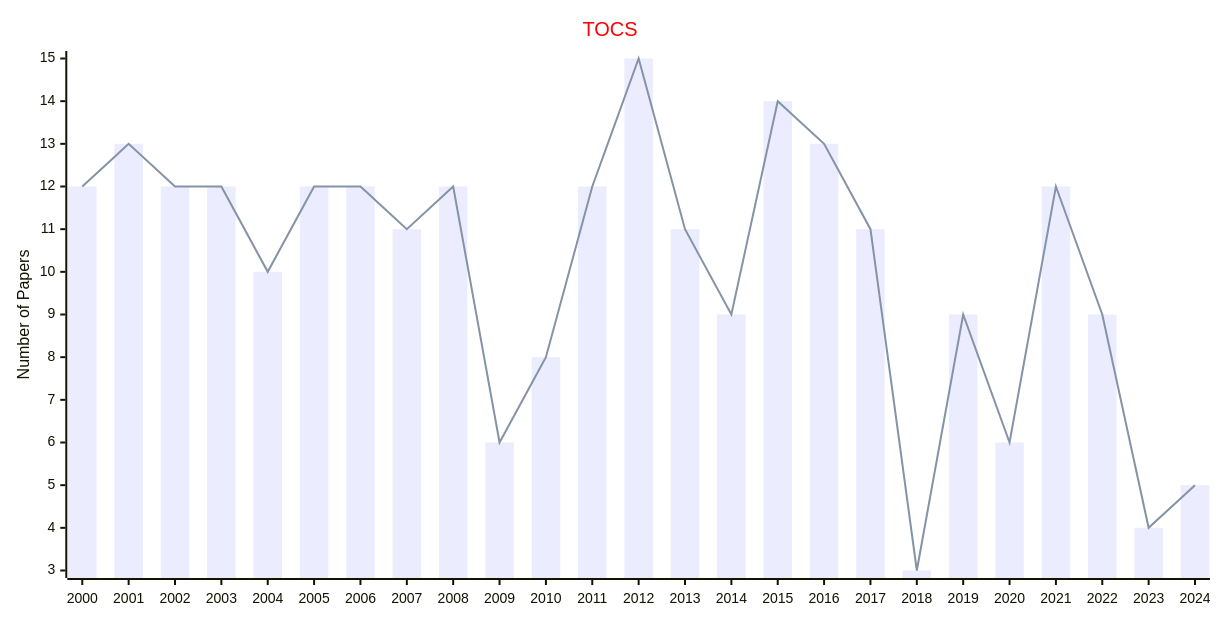
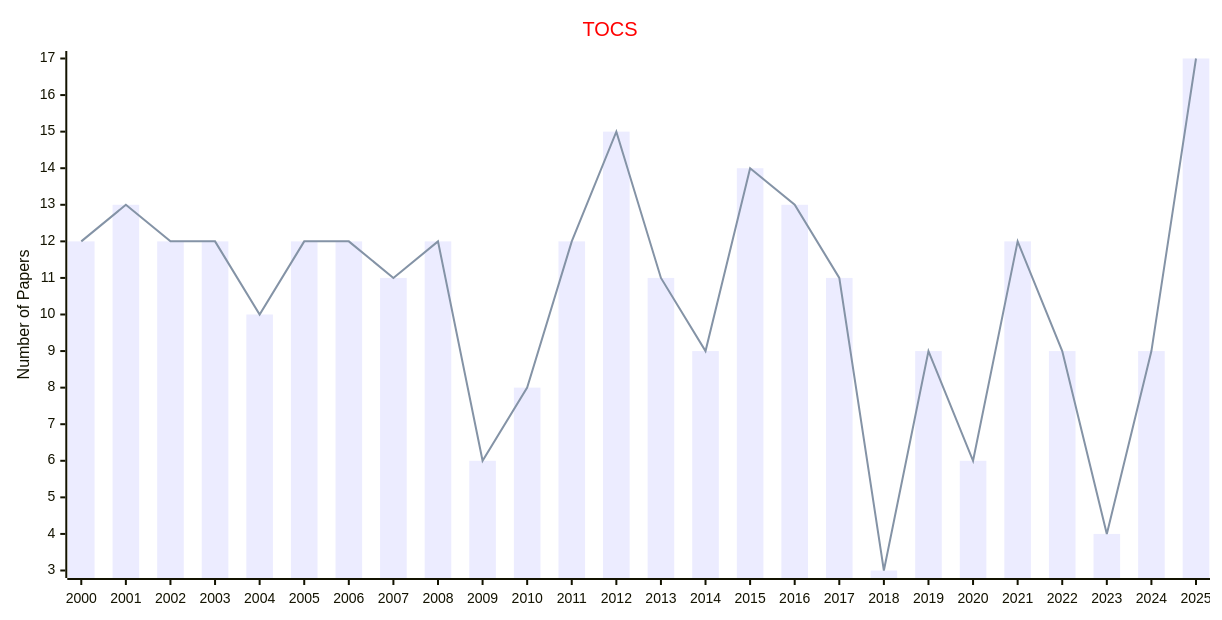
One commit to Easy-PhD/AILinks changed the diagram in docs/data/Journals/Statistics_Journals/Computer_Systems.md. Above: the diagram before and after it, drawn with Mermaid. The commit also changed 93 other files, not shown here.

````diff
--- a/docs/data/Journals/Statistics_Journals/Computer_Systems.md
+++ b/docs/data/Journals/Statistics_Journals/Computer_Systems.md
@@ -9,17 +9,17 @@
 ```mermaid
 ---
 config:
     xyChart:
         width: 1200
         height: 600
     themeVariables:
         xyChart:
             titleColor: "#ff0000"
 ---
 xychart-beta
     title "TOCS"
-    x-axis [2000, 2001, 2002, 2003, 2004, 2005, 2006, 2007, 2008, 2009, 2010, 2011, 2012, 2013, 2014, 2015, 2016, 2017, 2018, 2019, 2020, 2021, 2022, 2023, 2024]
+    x-axis [2000, 2001, 2002, 2003, 2004, 2005, 2006, 2007, 2008, 2009, 2010, 2011, 2012, 2013, 2014, 2015, 2016, 2017, 2018, 2019, 2020, 2021, 2022, 2023, 2024, 2025]
     y-axis "Number of Papers"
-    bar [12, 13, 12, 12, 10, 12, 12, 11, 12, 6, 8, 12, 15, 11, 9, 14, 13, 11, 3, 9, 6, 12, 9, 4, 5]
-    line [12, 13, 12, 12, 10, 12, 12, 11, 12, 6, 8, 12, 15, 11, 9, 14, 13, 11, 3, 9, 6, 12, 9, 4, 5]
+    bar [12, 13, 12, 12, 10, 12, 12, 11, 12, 6, 8, 12, 15, 11, 9, 14, 13, 11, 3, 9, 6, 12, 9, 4, 9, 17]
+    line [12, 13, 12, 12, 10, 12, 12, 11, 12, 6, 8, 12, 15, 11, 9, 14, 13, 11, 3, 9, 6, 12, 9, 4, 9, 17]
 ```
````
